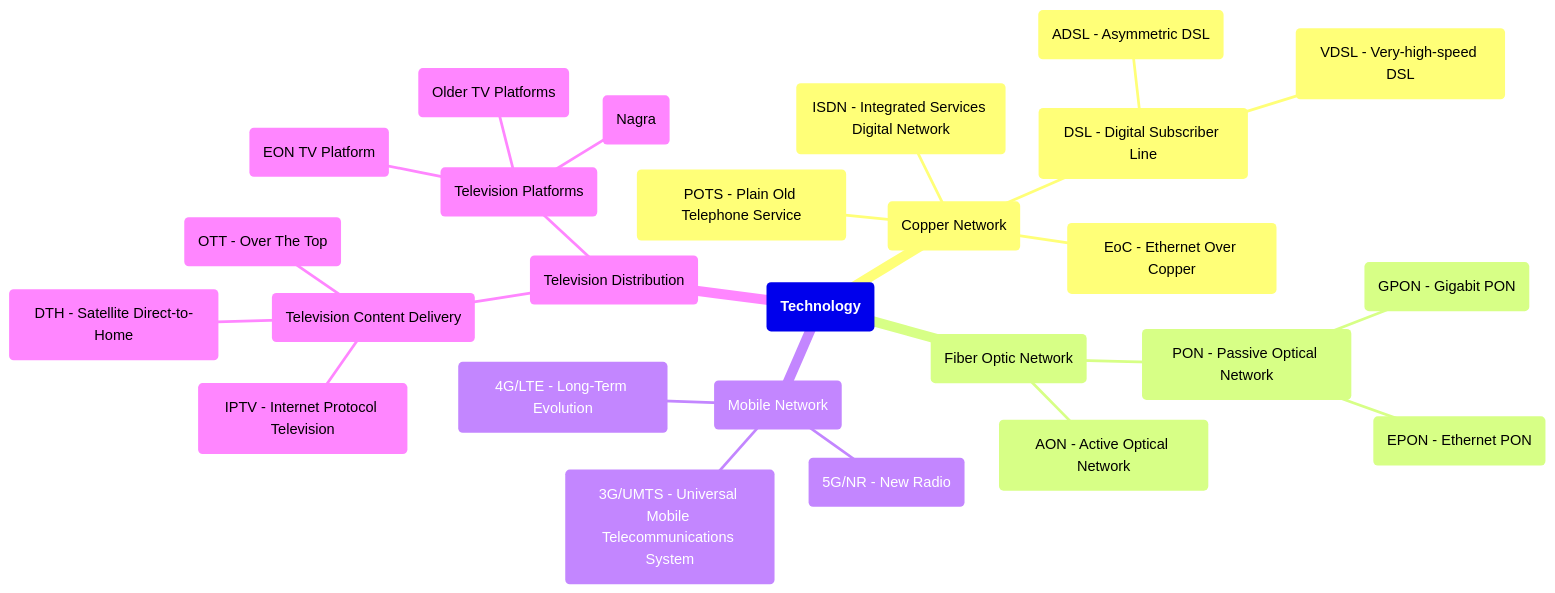
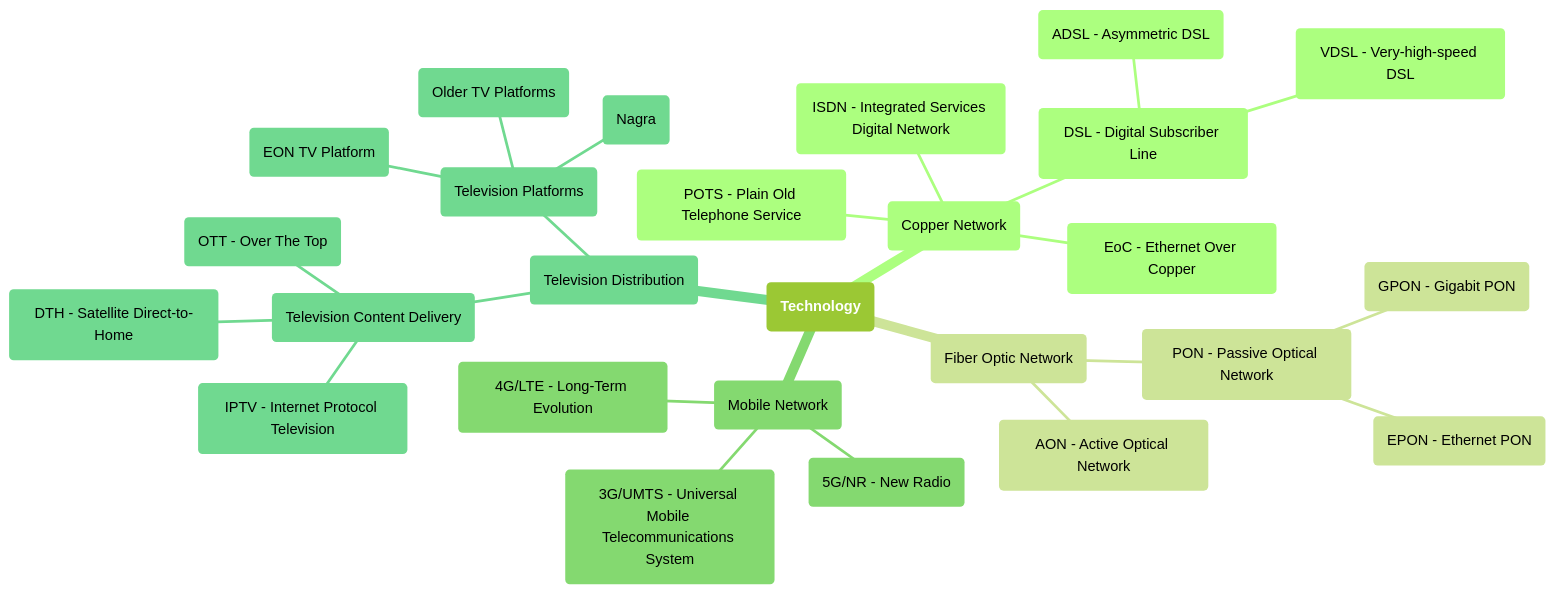
One commit to philip-mohsen/telecom changed the first of 4 diagrams in README.md. Above: the diagram before and after it, drawn with Mermaid.

Commit message:
Changed mermaid theme

````diff
--- a/README.md
+++ b/README.md
@@ -7,29 +7,30 @@
 ```mermaid
+%%{init:{'theme':'forest'}}%%
 mindmap
 (**Technology**)
     (Copper Network)
         (POTS - Plain Old Telephone Service)
         (DSL - Digital Subscriber Line)
             (ADSL - Asymmetric DSL)
             (VDSL - Very-high-speed DSL)
         (ISDN - Integrated Services Digital Network)
         (EoC - Ethernet Over Copper)
     (Fiber Optic Network)
         (AON - Active Optical Network)
         (PON - Passive Optical Network)
             (EPON - Ethernet PON)
             (GPON - Gigabit PON)
     (Mobile Network)
         (3G/UMTS - Universal Mobile Telecommunications System)
         (4G/LTE - Long-Term Evolution)
         (5G/NR - New Radio)
     (Television Distribution)
         (Television Content Delivery)
             (IPTV - Internet Protocol Television)
             (DTH - Satellite Direct-to-Home)
             (OTT - Over The Top)
         (Television Platforms)
             (EON TV Platform)
             (Nagra)
             (Older TV Platforms)
 ```
````
